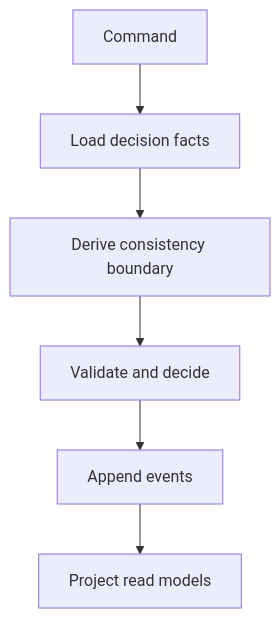
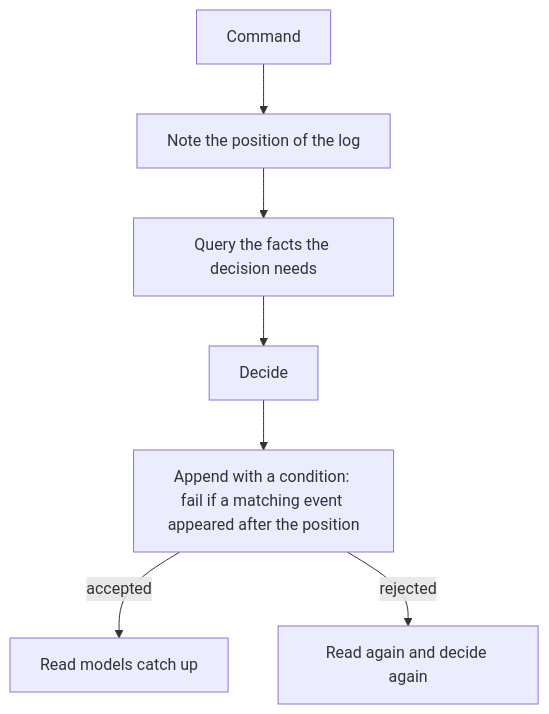
Before and after one commit to Cratis/Chronicle: the diagram in Documentation/dynamic-consistency-boundary/index.md, drawn with Mermaid. The commit also changed other lines of this file and 15 other files, not shown here.

````diff
--- a/Documentation/dynamic-consistency-boundary/index.md
+++ b/Documentation/dynamic-consistency-boundary/index.md
@@ -18,8 +19,9 @@
 ```mermaid
 flowchart TD
-    A[Command] --> B[Load decision facts]
-    B --> C[Derive consistency boundary]
-    C --> D[Validate and decide]
-    D --> E[Append events]
-    E --> F[Project read models]
+    A[Command] --> B[Note the position of the log]
+    B --> C[Query the facts the decision needs]
+    C --> D[Decide]
+    D --> E["Append with a condition: fail if a matching event appeared after the position"]
+    E -->|accepted| F[Read models catch up]
+    E -->|rejected| G[Read again and decide again]
 ```
````
